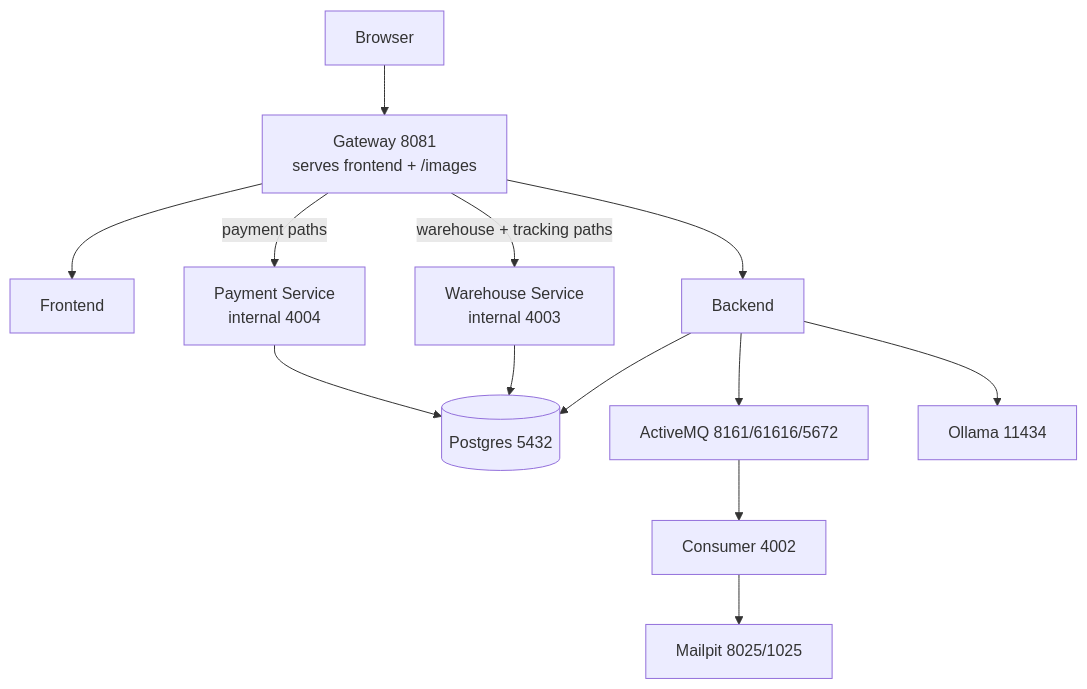
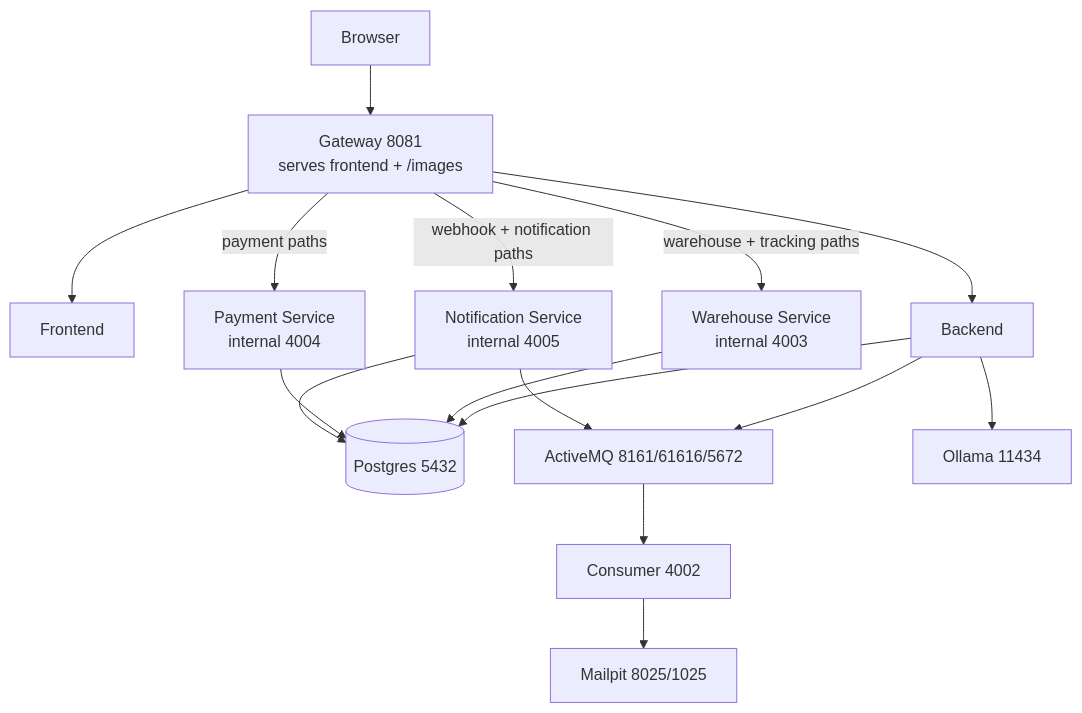
Before and after one commit to slawekradzyminski/awesome-localstack: the second of 6 diagrams in docs/PROFILE_URLS.md, drawn with Mermaid. The commit also changed other lines of this file and 32 other files, not shown here.

First line of the commit message:
Document notification-service, reservations and split shipments

````diff
--- a/docs/PROFILE_URLS.md
+++ b/docs/PROFILE_URLS.md
@@ -62,13 +69,16 @@
 ```mermaid
 flowchart TB
     U[Browser] --> G[Gateway 8081<br/>serves frontend + /images]
     G --> F[Frontend]
     G --> B[Backend]
     G -->|warehouse + tracking paths| W[Warehouse Service<br/>internal 4003]
     G -->|payment paths| PS[Payment Service<br/>internal 4004]
+    G -->|webhook + notification paths| NS[Notification Service<br/>internal 4005]
     B --> DB[(Postgres 5432)]
     W --> DB
     PS --> DB
+    NS --> DB
     B --> MQ[ActiveMQ 8161/61616/5672] --> C[Consumer 4002] --> M[Mailpit 8025/1025]
+    NS --> MQ
     B --> O[Ollama 11434]
 ```
````
